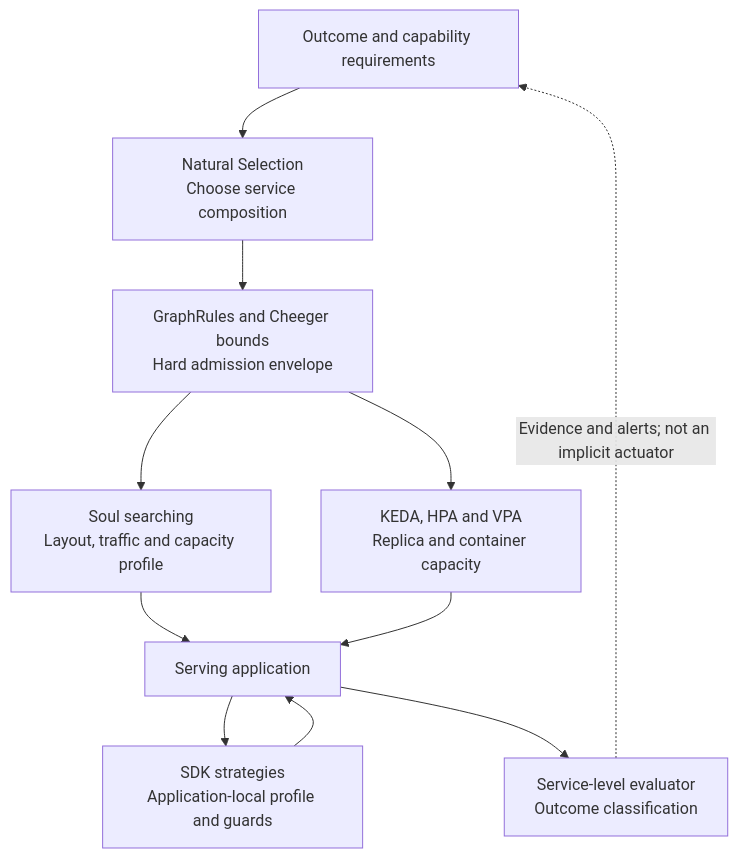
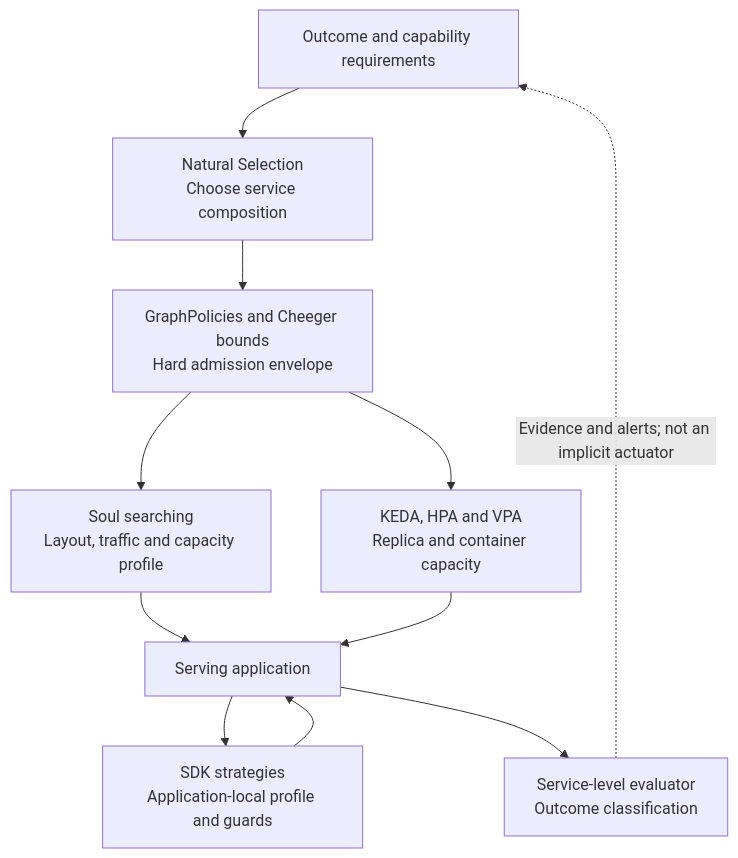
One commit to astrivant/polyad changed the diagram in docs/operations/resilience-control-loops.md. Above: the diagram before and after it, drawn with Mermaid. The commit also changed other lines of this file and 182 other files, not shown here.

Commit message:
GraphPolicies rename

````diff
--- a/docs/operations/resilience-control-loops.md
+++ b/docs/operations/resilience-control-loops.md
@@ -28,18 +28,18 @@
 ```mermaid
 flowchart TB
     requirements["Outcome and capability requirements"]
     nature["Natural Selection<br/>Choose service composition"]
-    rules["GraphRules and Cheeger bounds<br/>Hard admission envelope"]
+    rules["GraphPolicies and Cheeger bounds<br/>Hard admission envelope"]
     soul["Soul searching<br/>Layout, traffic and capacity profile"]
     kube["KEDA, HPA and VPA<br/>Replica and container capacity"]
     sdk["SDK strategies<br/>Application-local profile and guards"]
     service["Serving application"]
     slo["Service-level evaluator<br/>Outcome classification"]
 
     requirements --> nature --> rules
     rules --> soul --> service
     rules --> kube --> service
     service --> sdk --> service
     service --> slo
     slo -. "Evidence and alerts; not an implicit actuator" .-> requirements
 ```
````
